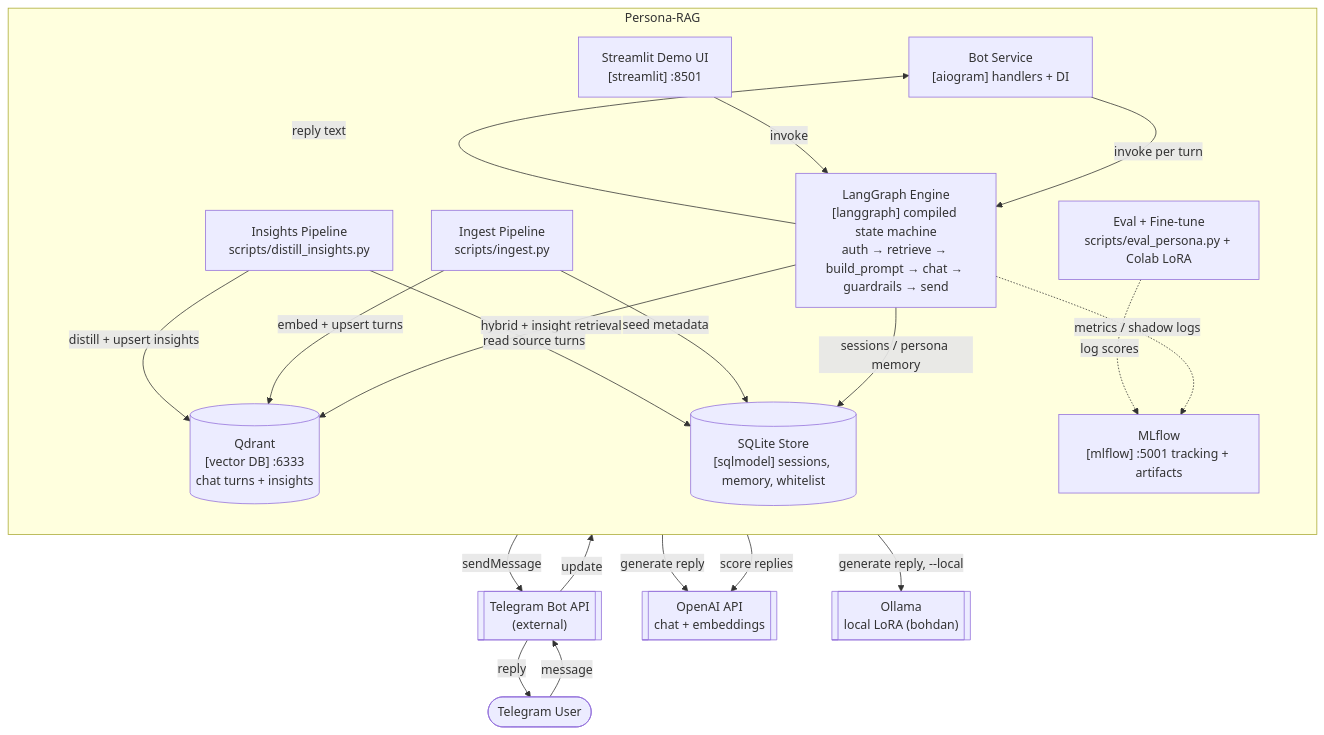
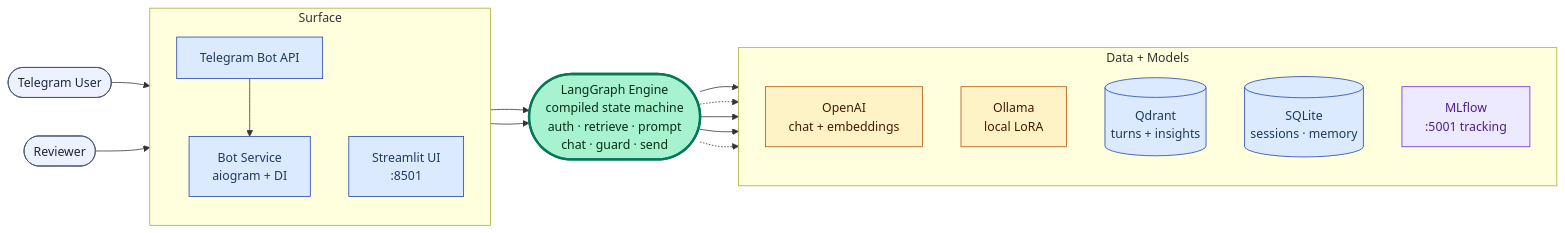
One commit to BohdanChuprynka/Persona-RAG changed the second of 2 diagrams in docs/ARCHITECTURE.md. Above: the diagram before and after it, drawn with Mermaid. The commit also changed other lines of this file and 13 other files, not shown here.

First line of the commit message:
docs(diagrams): overhaul Mermaid diagrams + fix dark-theme readability

````diff
--- a/docs/ARCHITECTURE.md
+++ b/docs/ARCHITECTURE.md
@@ -70,51 +66,53 @@
 ```mermaid
-%% C4 Level 2: Container diagram for Persona-RAG
-%% Rendered as a standard Mermaid flowchart (GitHub-compatible).
-flowchart TB
+%% C4 Level 2: Container diagram for Persona-RAG (runtime containers).
+%% Standard Mermaid flowchart (GitHub-compatible). Left-to-right layers.
+%% Every node pins an explicit text color so it stays readable on GitHub's
+%% light AND dark themes. Offline batch pipelines have their own diagrams
+%% (see DATA-PIPELINE.md and INSIGHTS.md).
+flowchart LR
     user([Telegram User])
-    tg[["Telegram Bot API<br/>(external)"]]
-    openai[["OpenAI API<br/>chat + embeddings"]]
-    ollama[["Ollama<br/>local LoRA (bohdan)"]]
+    reviewer([Reviewer])
 
-    subgraph PRAG["Persona-RAG"]
+    subgraph surface["Surface"]
         direction TB
-
-        bot["Bot Service<br/>[aiogram] handlers + DI"]
-        engine["LangGraph Engine<br/>[langgraph] compiled state machine<br/>auth → retrieve → build_prompt → chat → guardrails → send"]
-        demo["Streamlit Demo UI<br/>[streamlit] :8501"]
-
-        qdrant[("Qdrant<br/>[vector DB] :6333<br/>chat turns + insights")]
-        sqlite[("SQLite Store<br/>[sqlmodel] sessions, memory, whitelist")]
-        mlflow["MLflow<br/>[mlflow] :5001 tracking + artifacts"]
-
-        ingest["Ingest Pipeline<br/>scripts/ingest.py"]
-        insights["Insights Pipeline<br/>scripts/distill_insights.py"]
-        evalft["Eval + Fine-tune<br/>scripts/eval_persona.py + Colab LoRA"]
+        tg["Telegram Bot API"]
+        bot["Bot Service<br/>aiogram + DI"]
+        demo["Streamlit UI<br/>:8501"]
     end
 
-    %% Runtime request path
-    user -->|message| tg
-    tg -->|update| bot
-    bot -->|invoke per turn| engine
-    engine -->|hybrid + insight retrieval| qdrant
-    engine -->|sessions / persona memory| sqlite
-    engine -->|generate reply| openai
-    engine -->|generate reply, --local| ollama
-    engine -->|reply text| bot
-    bot -->|sendMessage| tg
-    tg -->|reply| user
+    engine(["LangGraph Engine<br/>compiled state machine<br/>auth · retrieve · prompt<br/>chat · guard · send"])
 
-    %% Demo UI shares the engine
-    demo -->|invoke| engine
+    subgraph data["Data + Models"]
+        direction TB
+        openai["OpenAI<br/>chat + embeddings"]
+        ollama["Ollama<br/>local LoRA"]
+        qdrant[("Qdrant<br/>turns + insights")]
+        sqlite[("SQLite<br/>sessions · memory")]
+        mlflow["MLflow<br/>:5001 tracking"]
+    end
 
-    %% Batch pipelines write the stores
-    ingest -->|embed + upsert turns| qdrant
-    ingest -->|seed metadata| sqlite
-    insights -->|distill + upsert insights| qdrant
-    insights -->|read source turns| sqlite
+    user --> tg
+    tg --> bot
+    reviewer --> demo
+    bot --> engine
+    demo --> engine
+    engine --> openai
+    engine -.-> ollama
+    engine --> qdrant
+    engine --> sqlite
+    engine -.-> mlflow
 
-    %% Observability + offline eval
-    engine -.->|metrics / shadow logs| mlflow
-    evalft -.->|log scores| mlflow
-    evalft -->|score replies| openai
+    classDef client fill:#eef2ff,stroke:#475569,color:#1e293b;
+    classDef surf fill:#dbeafe,stroke:#1e40af,color:#1e3a5f;
+    classDef eng fill:#a7f3d0,stroke:#047857,stroke-width:3px,color:#052e16;
+    classDef store fill:#dbeafe,stroke:#1e40af,color:#1e3a5f;
+    classDef model fill:#fef3c7,stroke:#b45309,color:#451a03;
+    classDef obs fill:#ede9fe,stroke:#6d28d9,color:#4c1d95;
+
+    class user,reviewer client;
+    class tg,bot,demo surf;
+    class engine eng;
+    class qdrant,sqlite store;
+    class openai,ollama model;
+    class mlflow obs;
 ```
````
